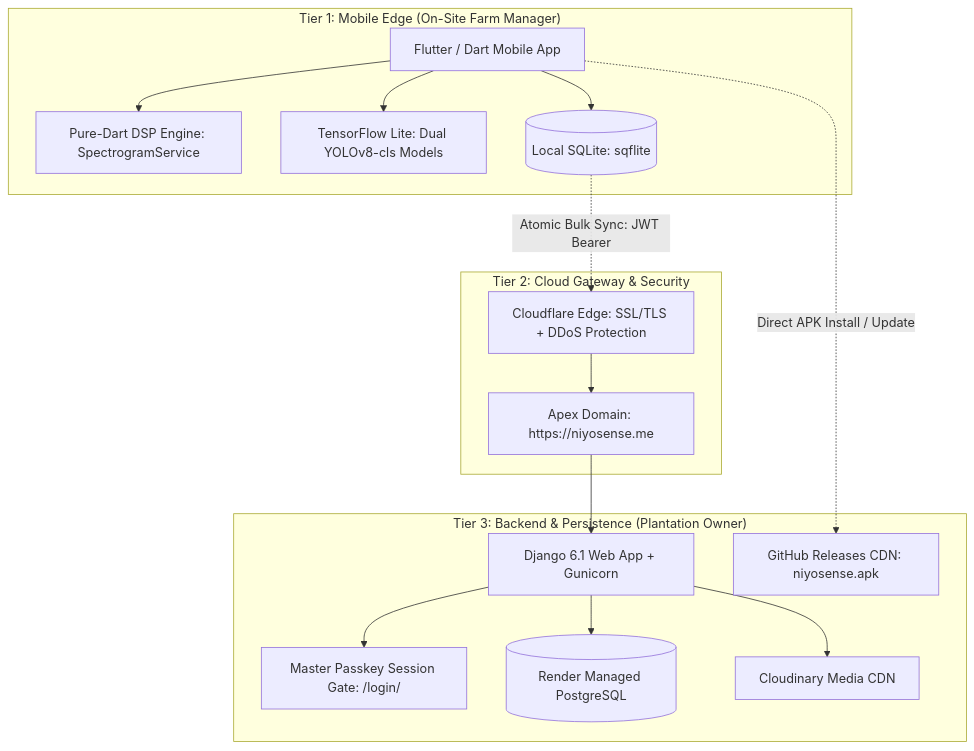
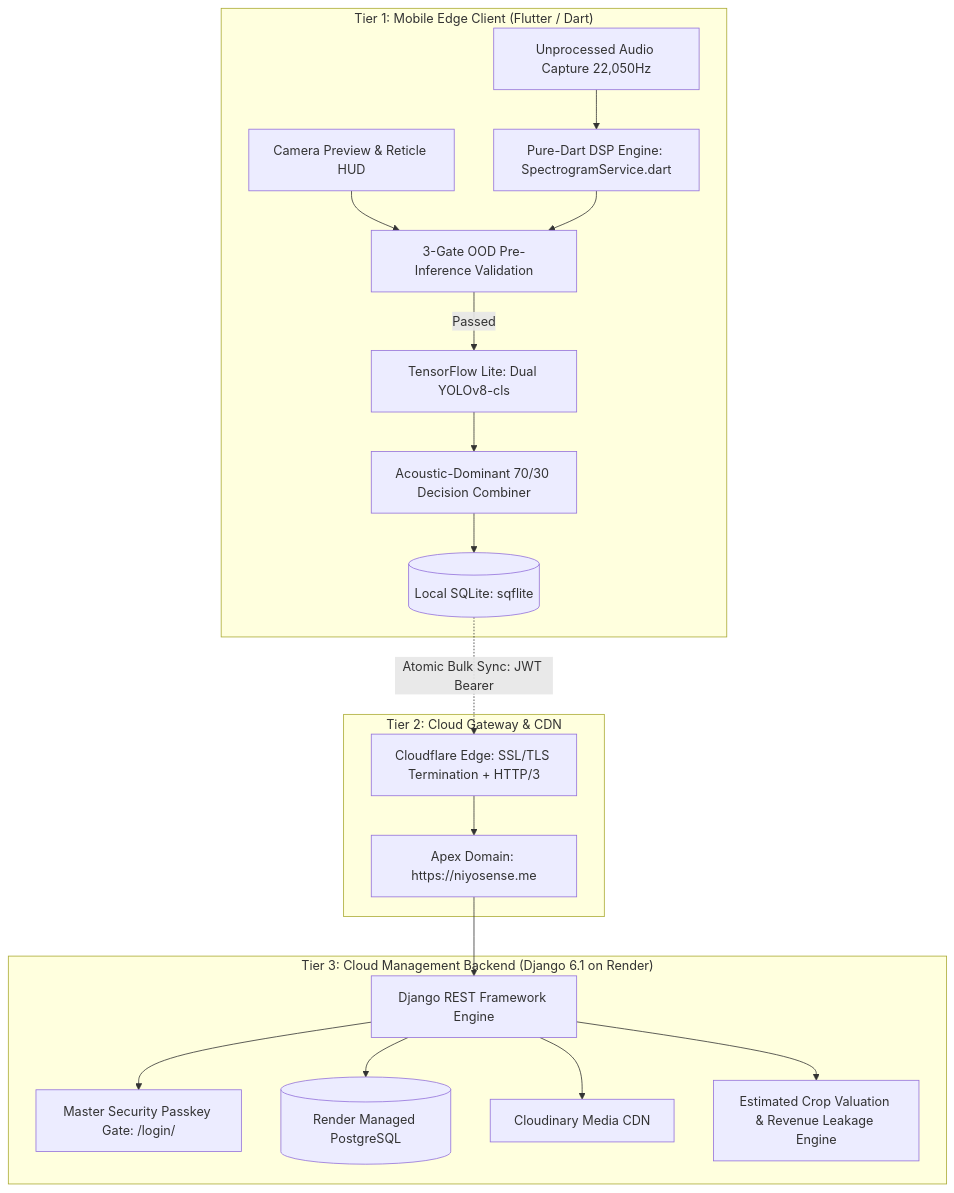
The fourth of 8 diagrams in NIYOSENSE_CAPSTONE_MANUSCRIPT.md (Cbolea23/niyosense-capstone), drawn with Mermaid before and after one commit. The commit also changed other lines of this file and 8 other files, not shown here.

````diff
--- a/NIYOSENSE_CAPSTONE_MANUSCRIPT.md
+++ b/NIYOSENSE_CAPSTONE_MANUSCRIPT.md
@@ -228,33 +530,38 @@
 ```mermaid
 graph TB
-    subgraph MOBILE_EDGE["Tier 1: Mobile Edge (On-Site Farm Manager)"]
-        UI[Flutter / Dart Mobile App]
-        DSP[Pure-Dart DSP Engine: SpectrogramService]
-        TFL[TensorFlow Lite: Dual YOLOv8-cls Models]
-        SQL[(Local SQLite: sqflite)]
-        UI --> DSP
-        UI --> TFL
-        UI --> SQL
+    subgraph TIER1["Tier 1: Mobile Edge Client (Flutter / Dart)"]
+        CAM[Camera Preview & Reticle HUD]
+        MIC[Unprocessed Audio Capture 22,050Hz]
+        DSP[Pure-Dart DSP Engine: SpectrogramService.dart]
+        OOD[3-Gate OOD Pre-Inference Validation]
+        TFL[TensorFlow Lite: Dual YOLOv8-cls]
+        FUS[Acoustic-Dominant 70/30 Decision Combiner]
+        DB[(Local SQLite: sqflite)]
+        
+        CAM --> OOD
+        MIC --> DSP --> OOD
+        OOD -->|Passed| TFL --> FUS --> DB
     end
 
-    subgraph CLOUD_EDGE["Tier 2: Cloud Gateway & Security"]
-        CF[Cloudflare Edge: SSL/TLS + DDoS Protection]
+    subgraph TIER2["Tier 2: Cloud Gateway & CDN"]
+        CF[Cloudflare Edge: SSL/TLS Termination + HTTP/3]
         APEX["Apex Domain: https://niyosense.me"]
         CF --> APEX
     end
 
-    subgraph CLOUD_BACKEND["Tier 3: Backend & Persistence (Plantation Owner)"]
-        DJ[Django 6.1 Web App + Gunicorn]
-        AUTH[Master Passkey Session Gate: /login/]
+    subgraph TIER3["Tier 3: Cloud Management Backend (Django 6.1 on Render)"]
+        DJ[Django REST Framework Engine]
+        GATE[Master Security Passkey Gate: /login/]
         PG[(Render Managed PostgreSQL)]
         CDN[Cloudinary Media CDN]
-        GH[GitHub Releases CDN: niyosense.apk]
-        DJ --> AUTH
+        VAL[Estimated Crop Valuation & Revenue Leakage Engine]
+        
+        DJ --> GATE
         DJ --> PG
         DJ --> CDN
+        DJ --> VAL
     end
 
-    SQL -.->|Atomic Bulk Sync: JWT Bearer| CF
+    DB -.->|Atomic Bulk Sync: JWT Bearer| CF
     APEX --> DJ
-    UI -.->|Direct APK Install / Update| GH
 ```
````
